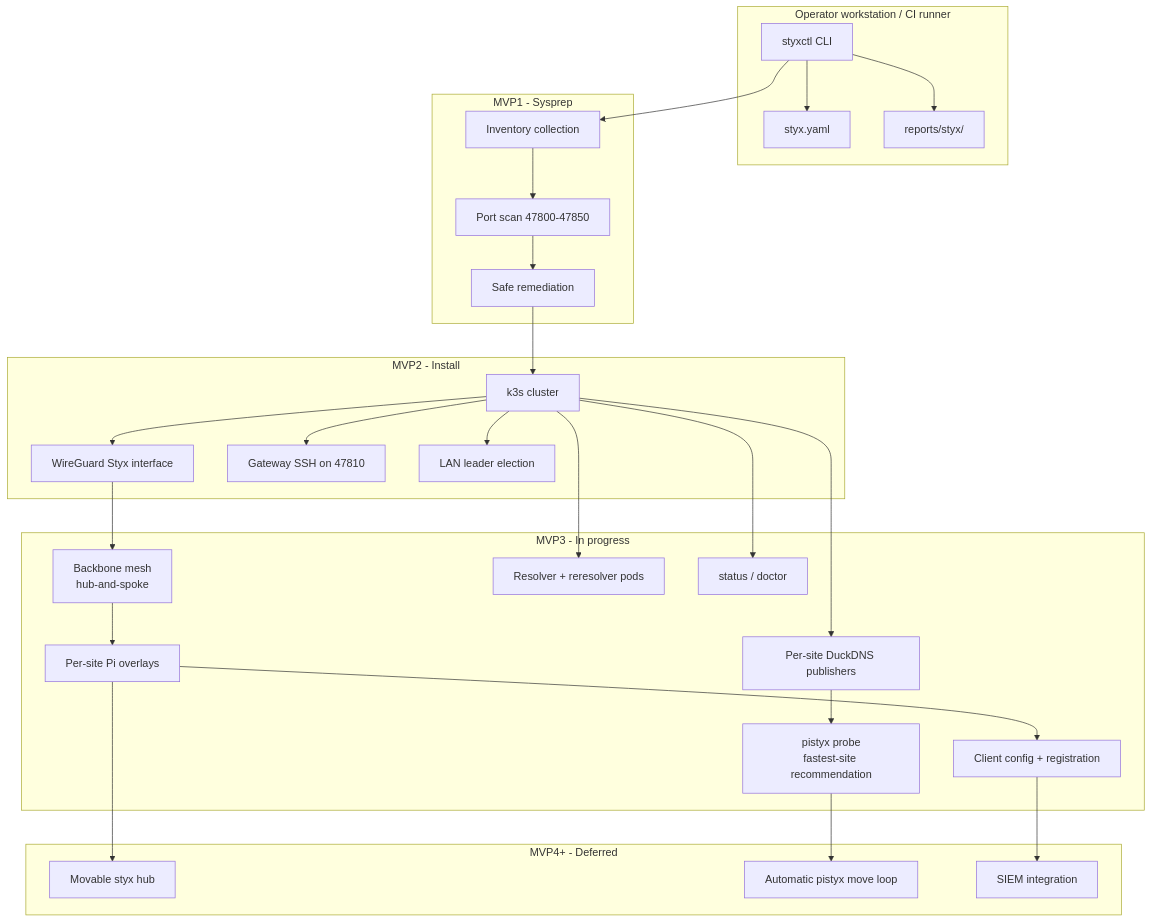
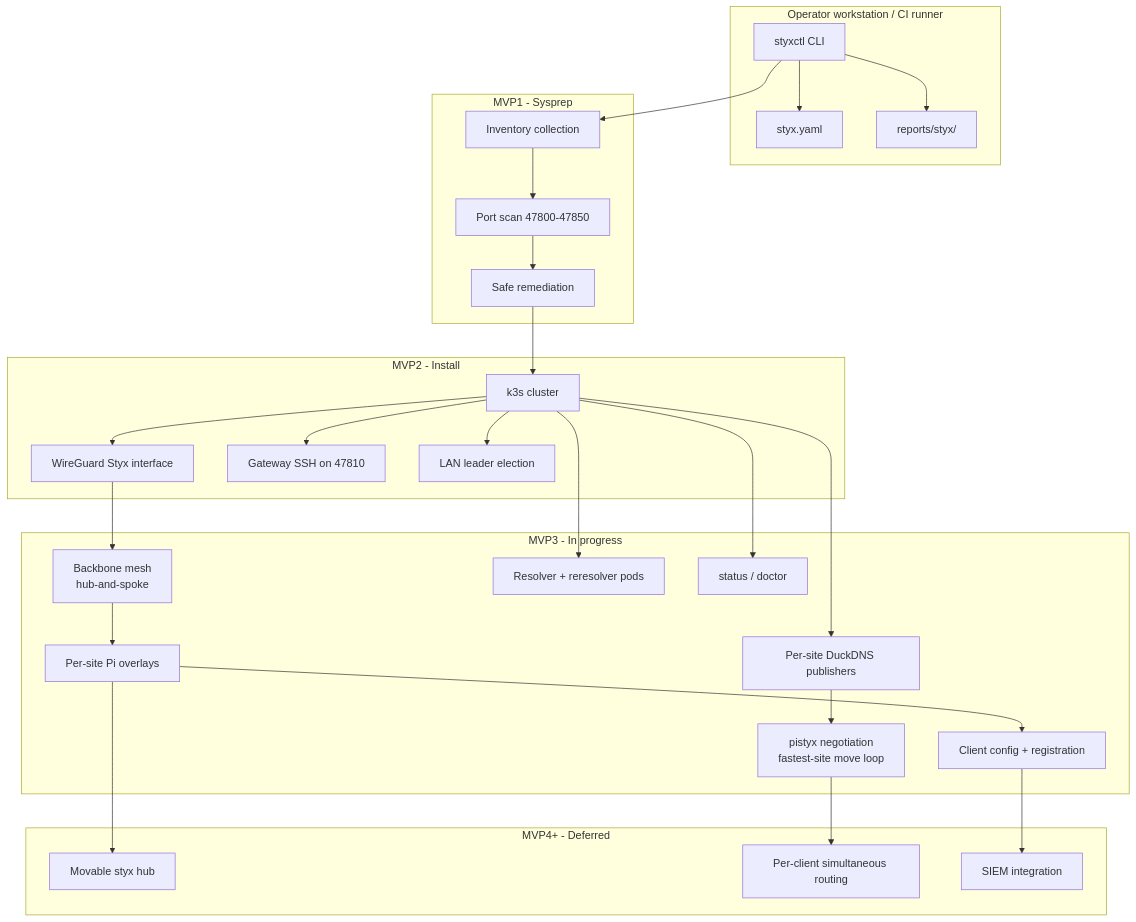
Before and after one commit to BradyWill42/styx: the diagram in README.md, drawn with Mermaid. The commit also changed other lines of this file and 12 other files, not shown here.

Commit message:
Add automatic pistyx negotiation loop

````diff
--- a/README.md
+++ b/README.md
@@ -55,56 +55,56 @@
 ```mermaid
 flowchart TB
     subgraph operator["Operator workstation / CI runner"]
         CLI["styxctl CLI"]
         CFG["styx.yaml"]
         RPT["reports/styx/"]
     end
 
     subgraph mvp1["MVP1 - Sysprep"]
         INV["Inventory collection"]
         PORTS["Port scan 47800-47850"]
         SAFE["Safe remediation"]
     end
 
     subgraph mvp2["MVP2 - Install"]
         K3S["k3s cluster"]
         WG["WireGuard Styx interface"]
         SSH["Gateway SSH on 47810"]
         LAN["LAN leader election"]
     end
 
     subgraph mvp3["MVP3 - In progress"]
         MESH["Backbone mesh\nhub-and-spoke"]
         SITEWG["Per-site Pi overlays"]
         DNS["Per-site DuckDNS publishers"]
         PODS["Resolver + reresolver pods"]
         HEALTH["status / doctor"]
-        PISTYX["pistyx probe\nfastest-site recommendation"]
+        PISTYX["pistyx negotiation\nfastest-site move loop"]
         CLIENT["Client config + registration"]
     end
 
     subgraph future["MVP4+ - Deferred"]
         STYXHUB["Movable styx hub"]
-        AUTOLOOP["Automatic pistyx move loop"]
+        PERCLIENT["Per-client simultaneous routing"]
         SIEM["SIEM integration"]
     end
 
     CLI --> CFG
     CLI --> INV --> PORTS
     PORTS --> SAFE
     SAFE --> K3S
     K3S --> SSH
     K3S --> LAN
     K3S --> WG
     WG --> MESH
     K3S --> DNS
     K3S --> PODS
     K3S --> HEALTH
     CLI --> RPT
     MESH --> SITEWG
     DNS --> PISTYX
     SITEWG --> CLIENT
-    PISTYX --> AUTOLOOP
+    PISTYX --> PERCLIENT
     SITEWG --> STYXHUB
     CLIENT --> SIEM
 ```
````
